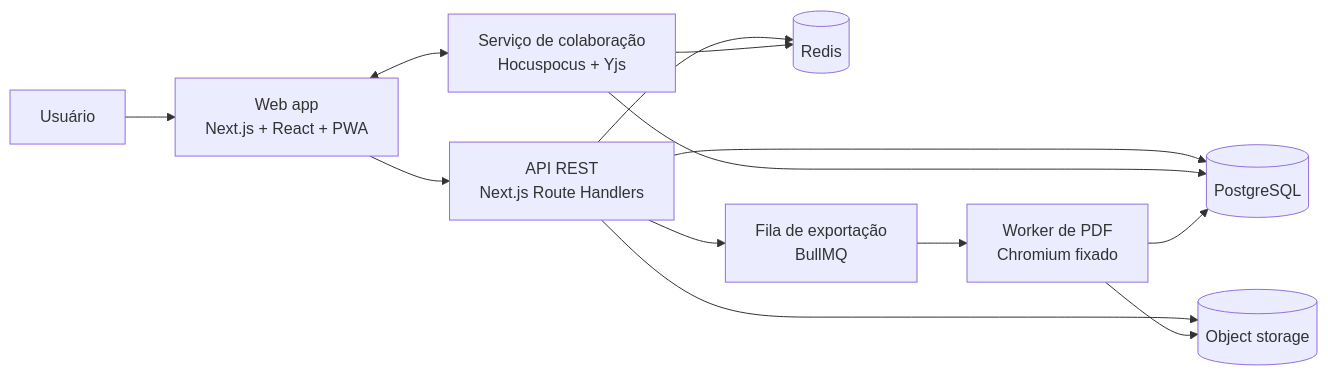
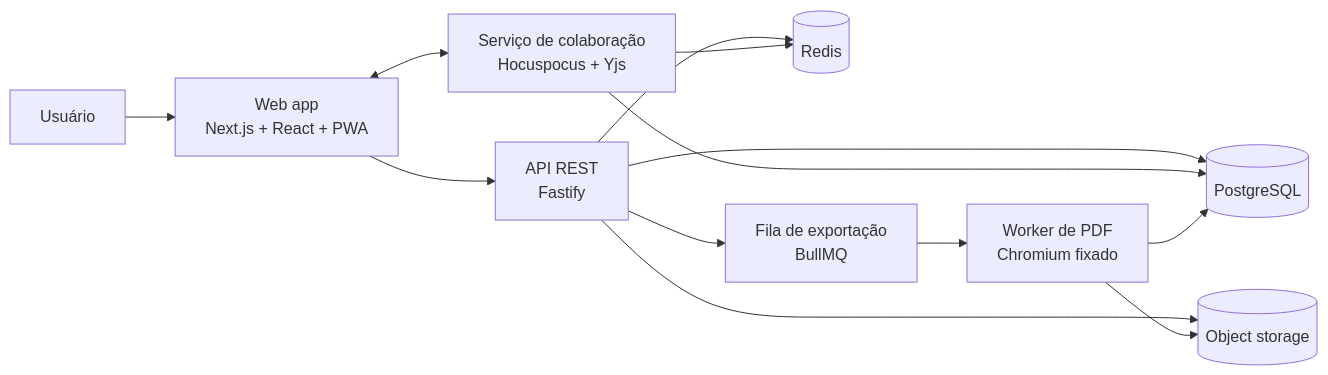
One commit to kkauaon/freex changed the diagram in README.md. Above: the diagram before and after it, drawn with Mermaid. The commit also changed 46 other files, not shown here.

First line of the commit message:
feat: add monorepo foundation with Fastify API (ADR-006), layout engine and PDF export

````diff
--- a/README.md
+++ b/README.md
@@ -79,15 +79,15 @@
 ```mermaid
 flowchart LR
   U[Usuário] --> W[Web app<br/>Next.js + React + PWA]
-  W --> A[API REST<br/>Next.js Route Handlers]
+  W --> A[API REST<br/>Fastify]
   W <--> C[Serviço de colaboração<br/>Hocuspocus + Yjs]
   A --> P[(PostgreSQL)]
   A --> R[(Redis)]
   A --> O[(Object storage)]
   A --> Q[Fila de exportação<br/>BullMQ]
   Q --> E[Worker de PDF<br/>Chromium fixado]
   E --> O
   C --> P
   C --> R
   E --> P
 ```
````
